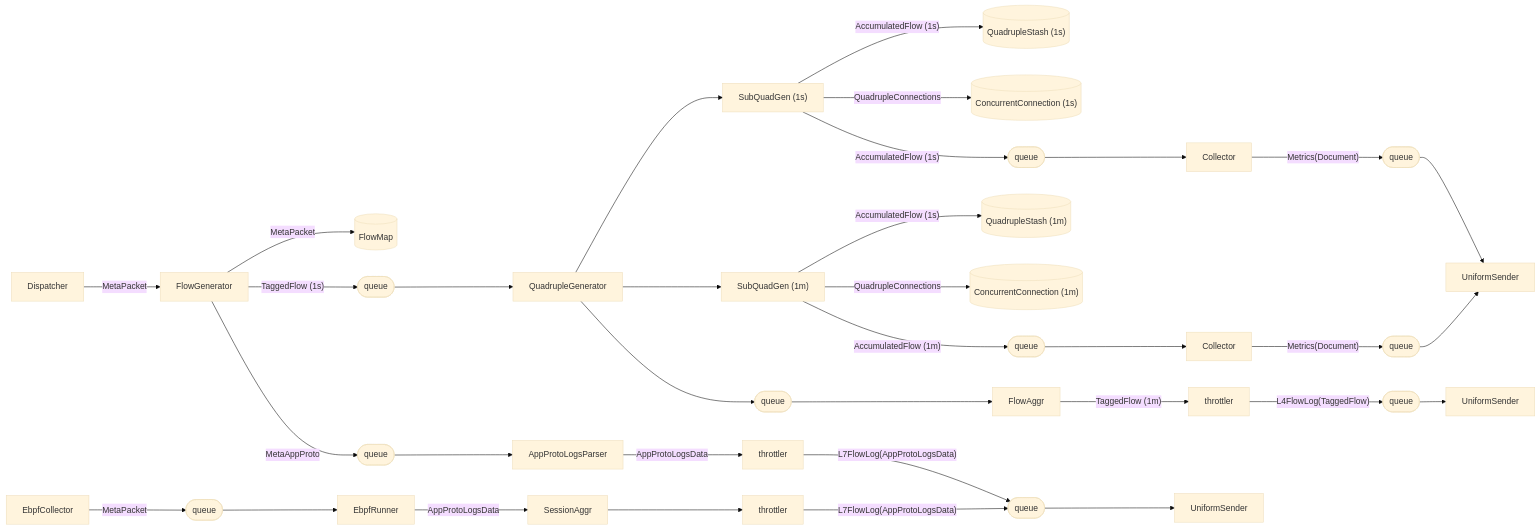
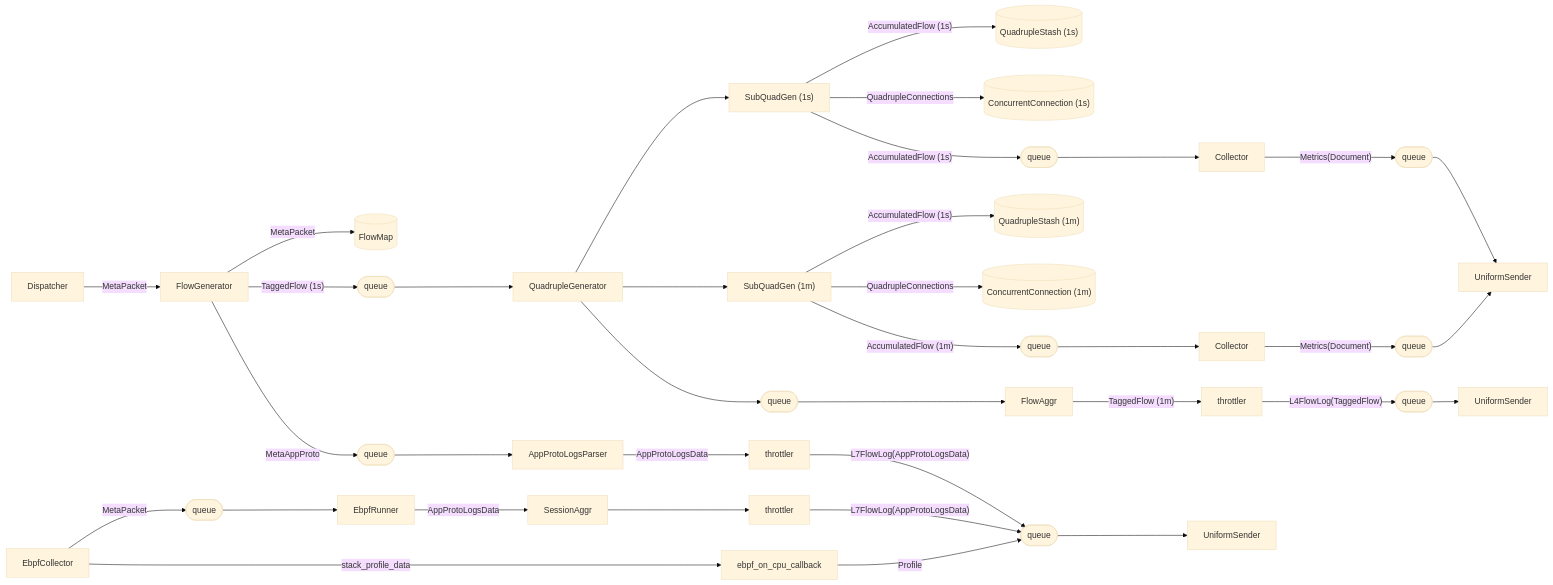
One commit to deepflowio/deepflow changed the second of 6 diagrams in docs/design/data-flow.md. Above: the diagram before and after it, drawn with Mermaid (base theme). The commit also changed other lines of this file, not shown here.

Commit message:
[Agent] Add ebpf profile to document

````diff
--- a/docs/design/data-flow.md
+++ b/docs/design/data-flow.md
@@ -91,21 +92,22 @@
 ```mermaid
 flowchart LR
 
 Dispatcher -->|MetaPacket| FlowGenerator
 FlowGenerator -->|MetaPacket| FlowMap[(FlowMap)]
 FlowGenerator -->|"TaggedFlow (1s)"| queue.1([queue])
 queue.1 --> QuadrupleGenerator
 QuadrupleGenerator --> SubQuadGen.1["SubQuadGen (1s)"]
 SubQuadGen.1 -->|"AccumulatedFlow (1s)"| QuadrupleStash.1[("QuadrupleStash (1s)")]
 SubQuadGen.1 -->|QuadrupleConnections| ConcurrentConnection.1[("ConcurrentConnection (1s)")]
 SubQuadGen.1 -->|"AccumulatedFlow (1s)"| queue.2([queue]) --> Collector.1[Collector] -->|"Metrics(Document)"| queue.3([queue]) --> UniformSender.1[UniformSender]
 QuadrupleGenerator --> SubQuadGen.2["SubQuadGen (1m)"]
 SubQuadGen.2 -->|"AccumulatedFlow (1s)"| QuadrupleStash.2[("QuadrupleStash (1m)")]
 SubQuadGen.2 -->|QuadrupleConnections| ConcurrentConnection.2[("ConcurrentConnection (1m)")]
 SubQuadGen.2 -->|"AccumulatedFlow (1m)"| queue.4([queue]) --> Collector.2[Collector] -->|"Metrics(Document)"| queue.5([queue]) --> UniformSender.1
 QuadrupleGenerator --> queue.6([queue]) --> FlowAggr -->|"TaggedFlow (1m)"| throttler -->|"L4FlowLog(TaggedFlow)"| queue.7([queue]) --> UniformSender.2[UniformSender]
 
 FlowGenerator -->|MetaAppProto| queue.8([queue]) --> AppProtoLogsParser -->|AppProtoLogsData| throttler.1[throttler] -->|"L7FlowLog(AppProtoLogsData)"| queue.9([queue]) --> UniformSender.3[UniformSender]
 
 EbpfCollector -->|MetaPacket| queue.10([queue]) --> EbpfRunner -->|AppProtoLogsData| SessionAggr --> throttler.2[throttler] -->|"L7FlowLog(AppProtoLogsData)"| queue.9
+EbpfCollector -->|stack_profile_data| ebpf_on_cpu_callback -->|"Profile"| queue.9
 ```
````
